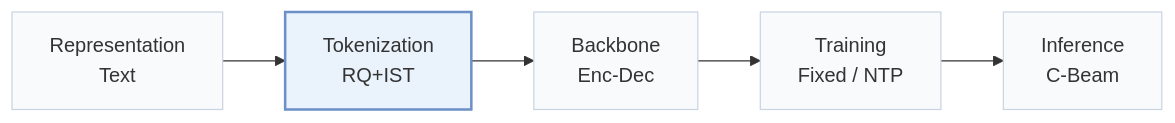
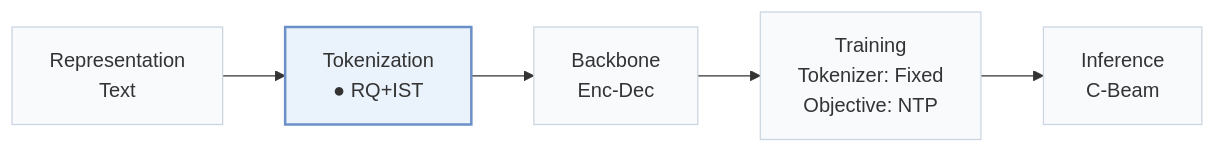
Before and after one commit to Galaxy-ghost/Awesome-SID-Generative-Rec: the first of 2 diagrams in pages/papers/sst.md, drawn with Mermaid. The commit also changed other lines of this file and 558 other files, not shown here.

````diff
--- a/pages/papers/sst.md
+++ b/pages/papers/sst.md
@@ -15,8 +18,8 @@
 ```mermaid
 flowchart LR
-    R["Representation<br/>Text"] --> T["Tokenization<br/>RQ+IST"] --> B["Backbone<br/>Enc-Dec"] --> TR["Training<br/>Fixed / NTP"] --> I["Inference<br/>C-Beam"]
+    R["Representation<br/>Text"] --> T["Tokenization<br/>● RQ+IST"] --> B["Backbone<br/>Enc-Dec"] --> TR["Training<br/>Tokenizer: Fixed<br/>Objective: NTP"] --> I["Inference<br/>C-Beam"]
     classDef base fill:#f8fafc,stroke:#cbd5e1
     class R,T,B,TR,I base
     classDef main fill:#eaf2fb,stroke:#6b8fc7,stroke-width:2px
     class T main
 ```
````
